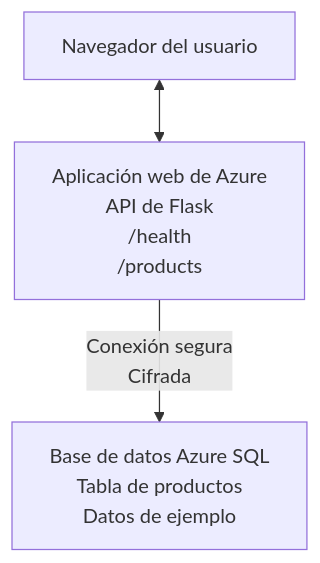
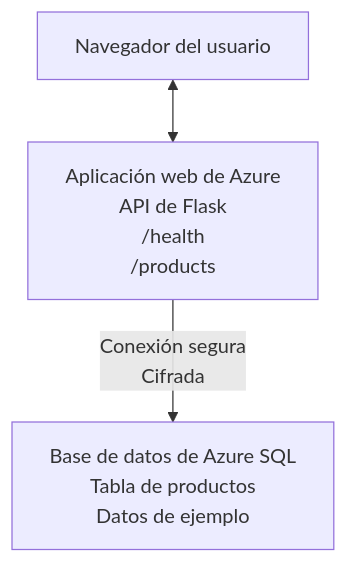
Before and after one commit to microsoft/AZD-for-beginners: the diagram in translations/es/examples/database-app/README.md, drawn with Mermaid. The commit also changed other lines of this file and 104 other files, not shown here.

````diff
--- a/translations/es/examples/database-app/README.md
+++ b/translations/es/examples/database-app/README.md
@@ -72,5 +72,5 @@
 ```mermaid
 graph TD
     Browser[Navegador del usuario] <--> WebApp[Aplicación web de Azure<br/>API de Flask<br/>/health<br/>/products]
-    WebApp -- Conexión segura<br/>Cifrada --> SQL[Base de datos Azure SQL<br/>Tabla de productos<br/>Datos de ejemplo]
+    WebApp -- Conexión segura<br/>Cifrada --> SQL[Base de datos de Azure SQL<br/>Tabla de productos<br/>Datos de ejemplo]
 ```
````
